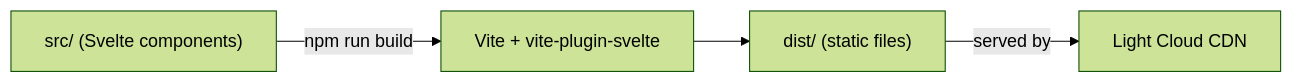
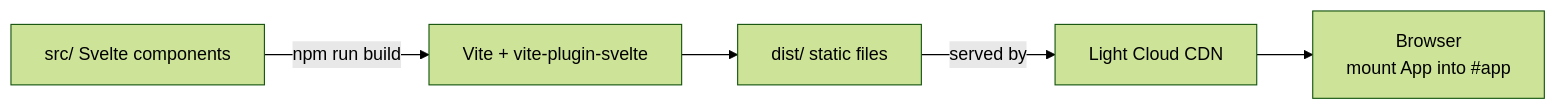
One commit to light-cloud-com/templates changed the diagram in starters/starter-svelte/README.md. Above: the diagram before and after it, drawn with Mermaid (forest theme). The commit also changed other lines of this file and 2 other files, not shown here.

First line of the commit message:
README: Svelte 5 Vite starter landing page

````diff
--- a/starters/starter-svelte/README.md
+++ b/starters/starter-svelte/README.md
@@ -29,6 +102,7 @@
 ```mermaid
 flowchart LR
-    src["src/ (Svelte components)"] -->|npm run build| vite["Vite + vite-plugin-svelte"]
-    vite --> dist["dist/ (static files)"]
-    dist -->|served by| lc["Light Cloud CDN"]
+    src["src/ Svelte components"] -->|npm run build| vite["Vite + vite-plugin-svelte"]
+    vite --> dist["dist/ static files"]
+    dist -->|served by| cdn["Light Cloud CDN"]
+    cdn --> browser["Browser<br/>mount App into #app"]
 ```
````
